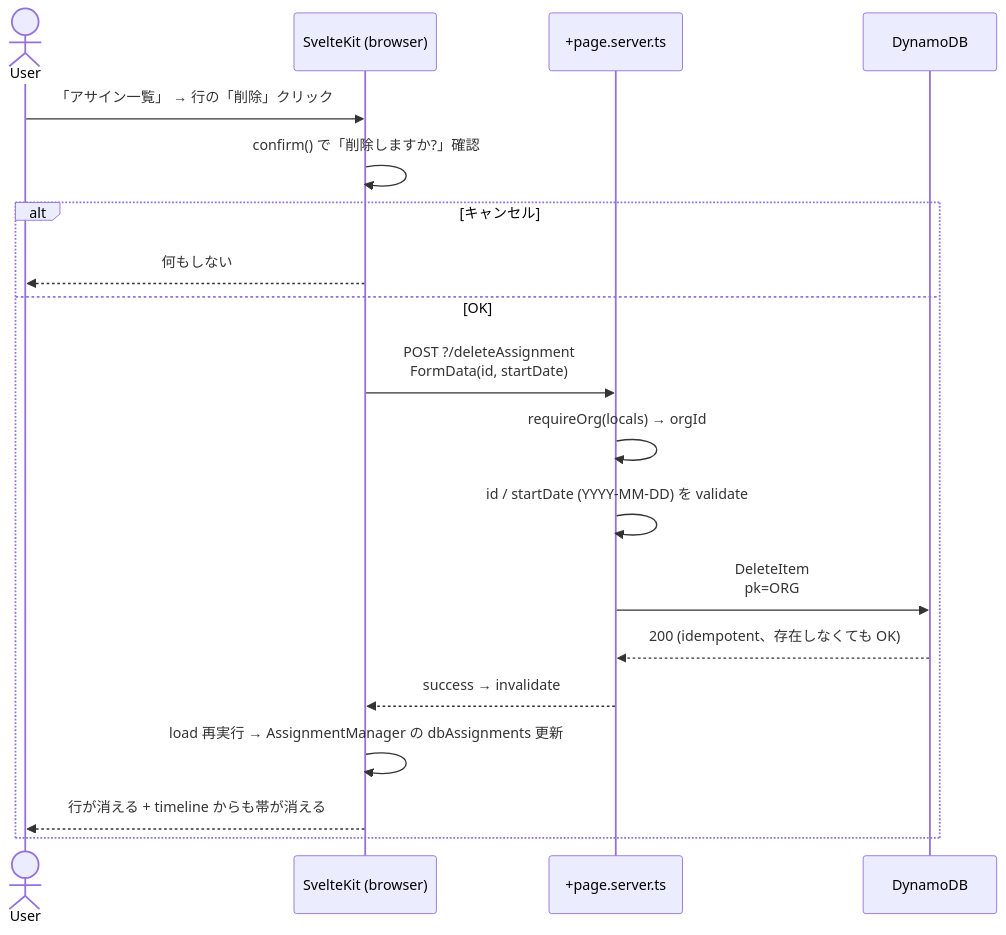
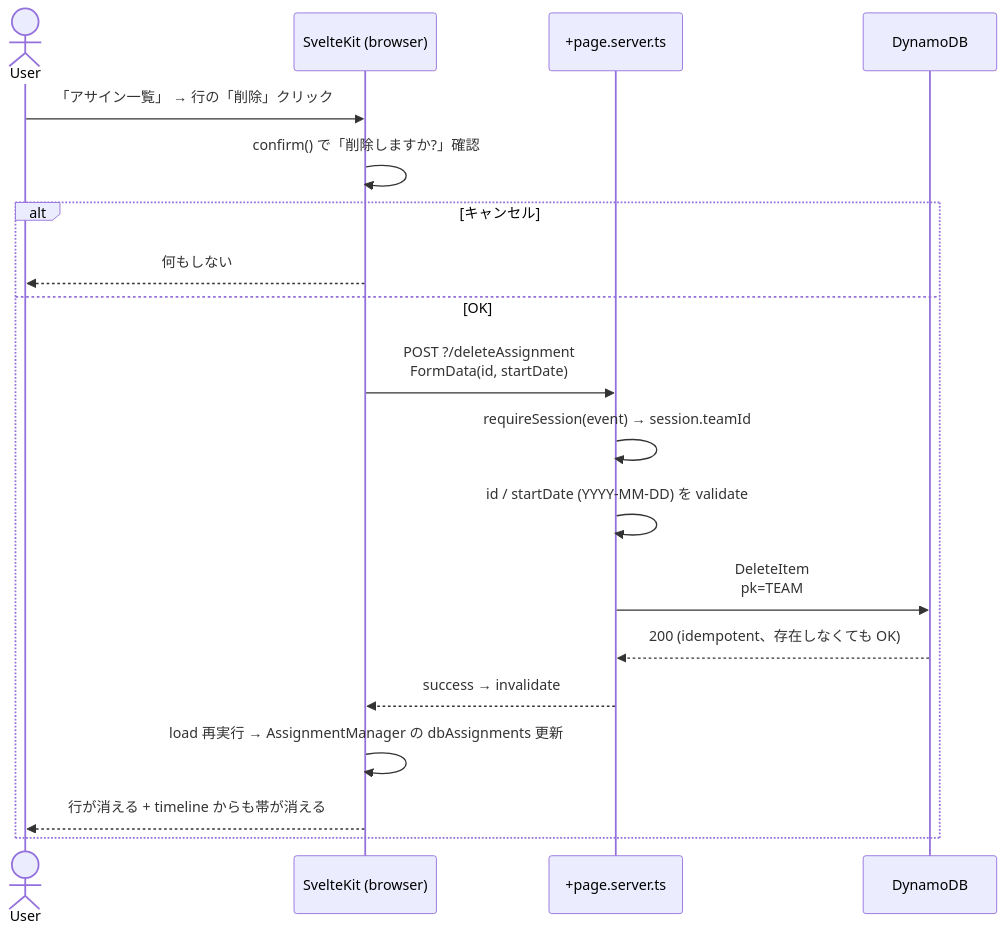
One commit to tommykey-apps/resource-planner changed the seventh of 8 diagrams in docs/use-cases.md. Above: the diagram before and after it, drawn with Mermaid. The commit also changed other lines of this file and 25 other files, not shown here.

````diff
--- a/docs/use-cases.md
+++ b/docs/use-cases.md
@@ -386,22 +386,22 @@
 ```mermaid
 sequenceDiagram
     actor User
     participant SK as SvelteKit (browser)
     participant Server as +page.server.ts
     participant DDB as DynamoDB
 
     User->>SK: 「アサイン一覧」 → 行の「削除」クリック
     SK->>SK: confirm() で「削除しますか?」確認
     alt キャンセル
         SK-->>User: 何もしない
     else OK
         SK->>Server: POST ?/deleteAssignment<br/>FormData(id, startDate)
-        Server->>Server: requireOrg(locals) → orgId
+        Server->>Server: requireSession(event) → session.teamId
         Server->>Server: id / startDate (YYYY-MM-DD) を validate
-        Server->>DDB: DeleteItem<br/>pk=ORG#{orgId}, sk=ASN#{startDate}#{id}
+        Server->>DDB: DeleteItem<br/>pk=TEAM#{teamId}, sk=ASN#{startDate}#{id}
         DDB-->>Server: 200 (idempotent、存在しなくても OK)
         Server-->>SK: success → invalidate
         SK->>SK: load 再実行 → AssignmentManager の dbAssignments 更新
         SK-->>User: 行が消える + timeline からも帯が消える
     end
 ```
````
